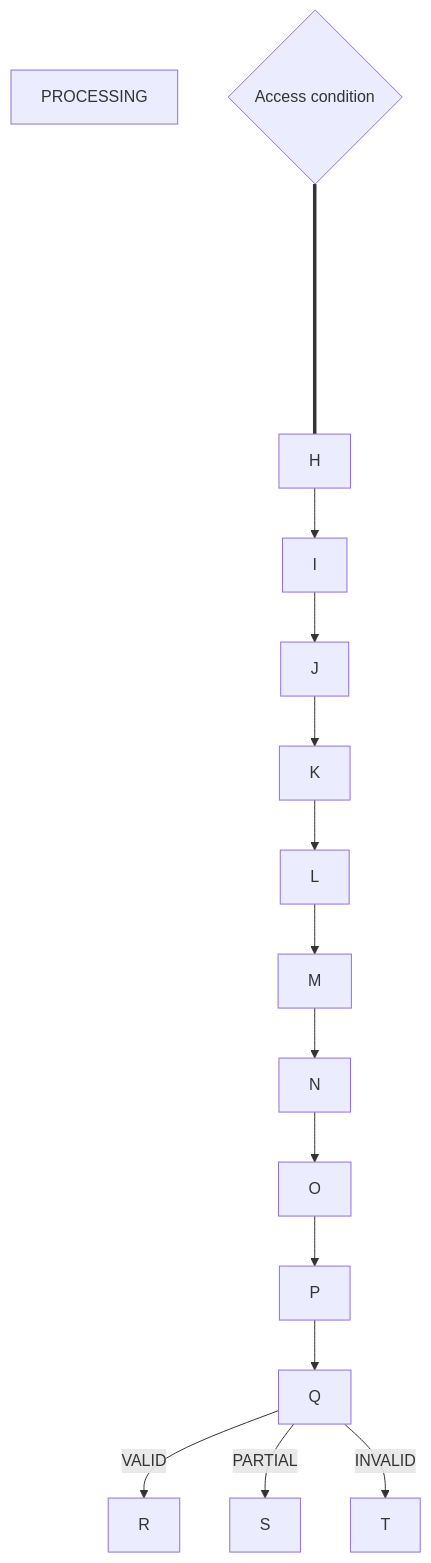
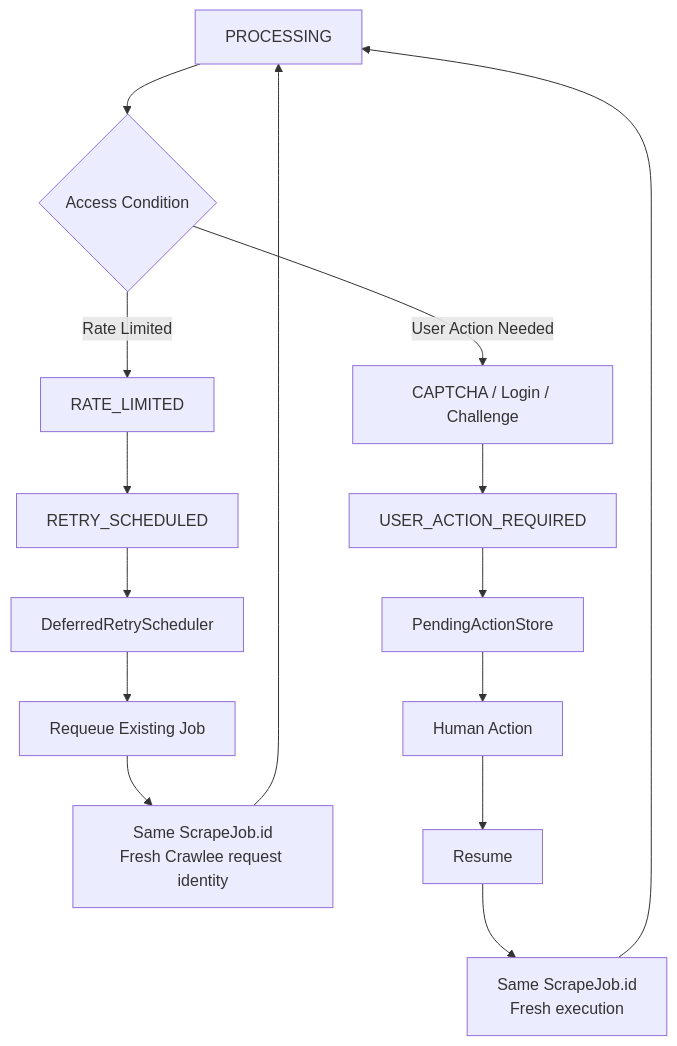
The fourth of 6 diagrams in README.md (vikasreddymusku/Agentic-Loop), drawn with Mermaid before and after one commit. The commit also changed other lines of this file, not shown here.

````diff
--- a/README.md
+++ b/README.md
@@ -1169,26 +906,36 @@
 ```mermaid
+flowchart TD
 
-flowchart TD
     A["PROCESSING"]
+    B{"Access Condition"}
 
-    B{"Access condition"}
-=======
+    C["RATE_LIMITED"]
+    D["RETRY_SCHEDULED"]
+    E["DeferredRetryScheduler"]
+    F["Requeue Existing Job"]
+    G["Same ScrapeJob.id<br/>Fresh Crawlee request identity"]
 
+    H["CAPTCHA / Login / Challenge"]
+    I["USER_ACTION_REQUIRED"]
+    J["PendingActionStore"]
+    K["Human Action"]
+    L["Resume"]
+    M["Same ScrapeJob.id<br/>Fresh execution"]
+
+    A --> B
+
+    B -->|Rate Limited| C
+    C --> D
+    D --> E
+    E --> F
+    F --> G
+    G --> A
+
+    B -->|User Action Needed| H
     H --> I
     I --> J
-
     J --> K
     K --> L
-
     L --> M
-    M --> N
-
-    N --> O
-    O --> P
-
-    P --> Q
-
-    Q -->|VALID| R
-    Q -->|PARTIAL| S
-    Q -->|INVALID| T
+    M --> A
 ```
````
